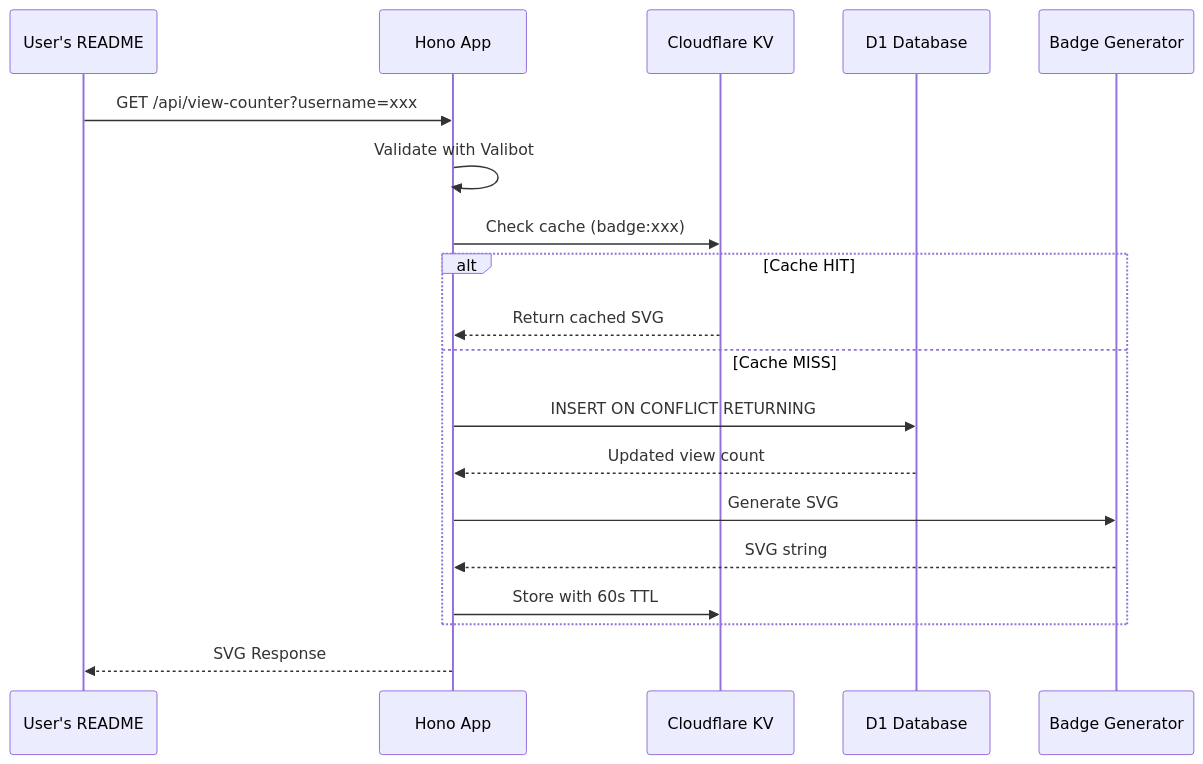
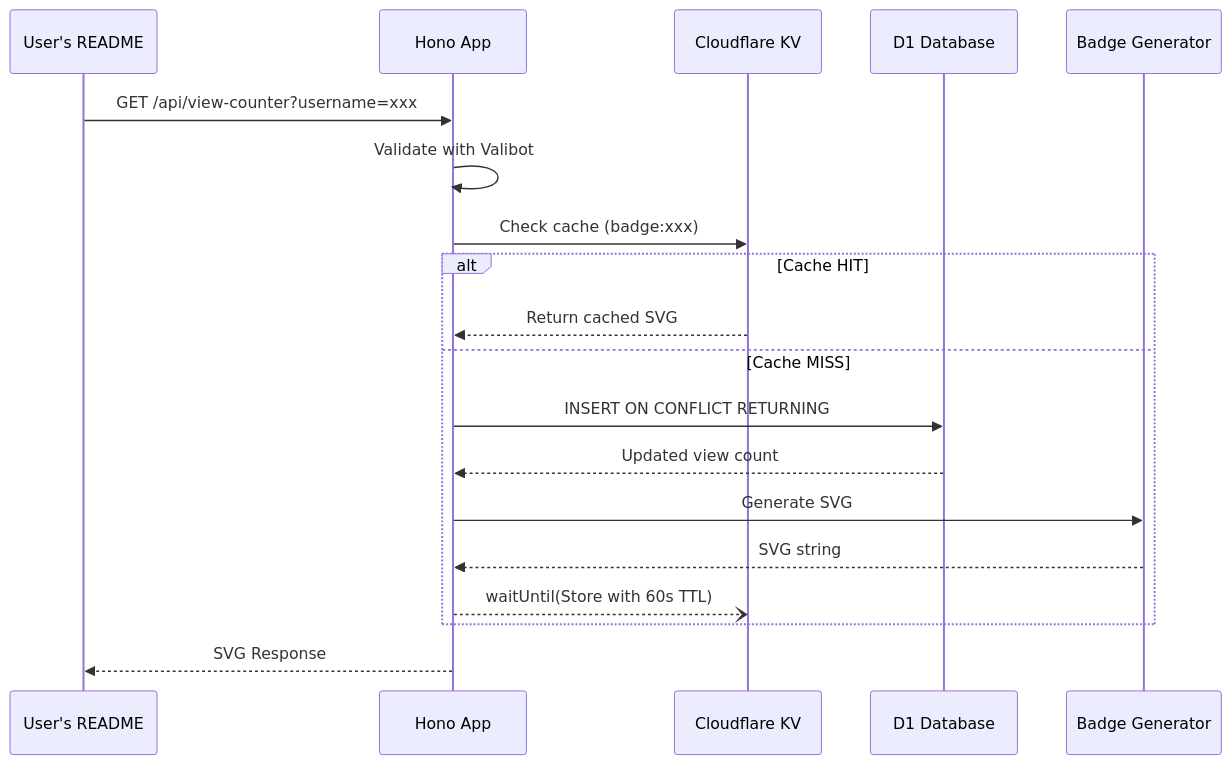
The second of 2 diagrams in src/docs/ARCHITECTURE.md (tashfiqul-islam/profile-view-counter), drawn with Mermaid before and after one commit. The commit also changed other lines of this file and 3 other files, not shown here.

First line of the commit message:
docs: rewrite README, update API/architecture/deployment docs

````diff
--- a/src/docs/ARCHITECTURE.md
+++ b/src/docs/ARCHITECTURE.md
@@ -23,22 +23,22 @@
 ```mermaid
 sequenceDiagram
     participant U as User's README
     participant H as Hono App
     participant KV as Cloudflare KV
     participant D1 as D1 Database
     participant G as Badge Generator
 
     U->>H: GET /api/view-counter?username=xxx
     H->>H: Validate with Valibot
     H->>KV: Check cache (badge:xxx)
     alt Cache HIT
         KV-->>H: Return cached SVG
     else Cache MISS
         H->>D1: INSERT ON CONFLICT RETURNING
         D1-->>H: Updated view count
         H->>G: Generate SVG
         G-->>H: SVG string
-        H->>KV: Store with 60s TTL
+        H--)KV: waitUntil(Store with 60s TTL)
     end
     H-->>U: SVG Response
 ```
````
